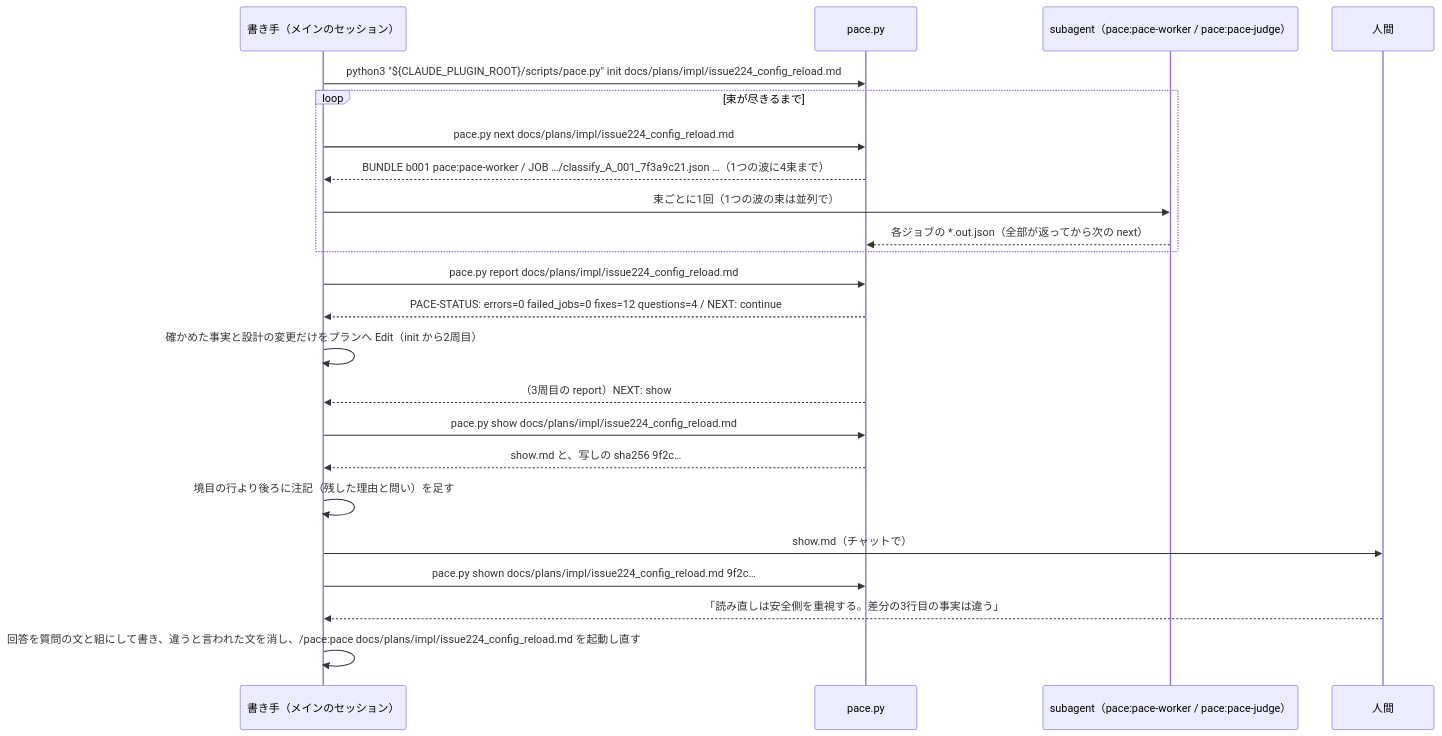
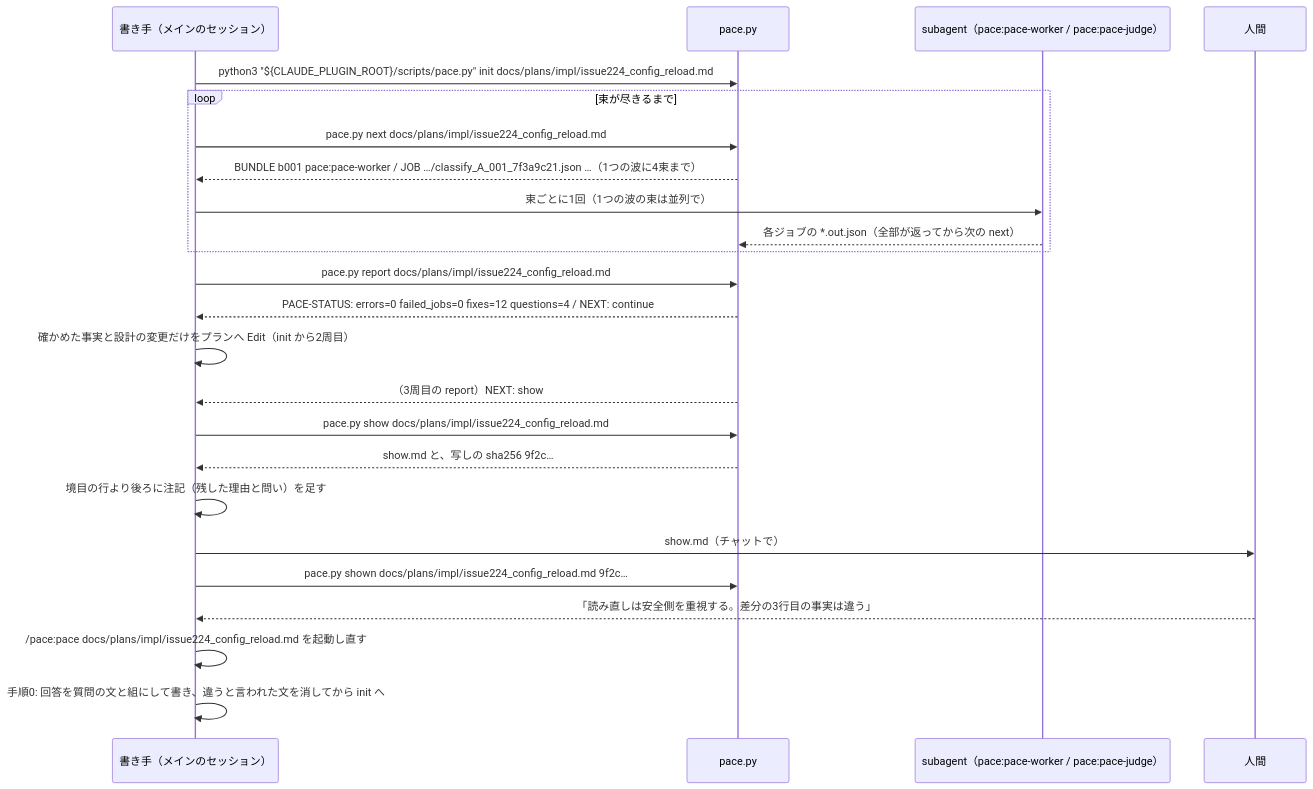
One commit to maimuzo/pace changed the diagram in docs/plans/pace_design.md. Above: the diagram before and after it, drawn with Mermaid. The commit also changed other lines of this file and 4 other files, not shown here.

````diff
--- a/docs/plans/pace_design.md
+++ b/docs/plans/pace_design.md
@@ -75,25 +76,26 @@
 ```mermaid
 sequenceDiagram
     participant M as 書き手（メインのセッション）
     participant S as pace.py
     participant W as subagent（pace:pace-worker / pace:pace-judge）
     participant H as 人間
     M->>S: python3 "${CLAUDE_PLUGIN_ROOT}/scripts/pace.py" init docs/plans/impl/issue224_config_reload.md
     loop 束が尽きるまで
         M->>S: pace.py next docs/plans/impl/issue224_config_reload.md
         S-->>M: BUNDLE b001 pace:pace-worker / JOB …/classify_A_001_7f3a9c21.json …（1つの波に4束まで）
         M->>W: 束ごとに1回（1つの波の束は並列で）
         W-->>S: 各ジョブの *.out.json（全部が返ってから次の next）
     end
     M->>S: pace.py report docs/plans/impl/issue224_config_reload.md
     S-->>M: PACE-STATUS: errors=0 failed_jobs=0 fixes=12 questions=4 / NEXT: continue
     M->>M: 確かめた事実と設計の変更だけをプランへ Edit（init から2周目）
     S-->>M: （3周目の report）NEXT: show
     M->>S: pace.py show docs/plans/impl/issue224_config_reload.md
     S-->>M: show.md と、写しの sha256 9f2c…
     M->>M: 境目の行より後ろに注記（残した理由と問い）を足す
     M->>H: show.md（チャットで）
     M->>S: pace.py shown docs/plans/impl/issue224_config_reload.md 9f2c…
     H-->>M: 「読み直しは安全側を重視する。差分の3行目の事実は違う」
-    M->>M: 回答を質問の文と組にして書き、違うと言われた文を消し、/pace:pace docs/plans/impl/issue224_config_reload.md を起動し直す
+    M->>M: /pace:pace docs/plans/impl/issue224_config_reload.md を起動し直す
+    M->>M: 手順0: 回答を質問の文と組にして書き、違うと言われた文を消してから init へ
 ```
````
